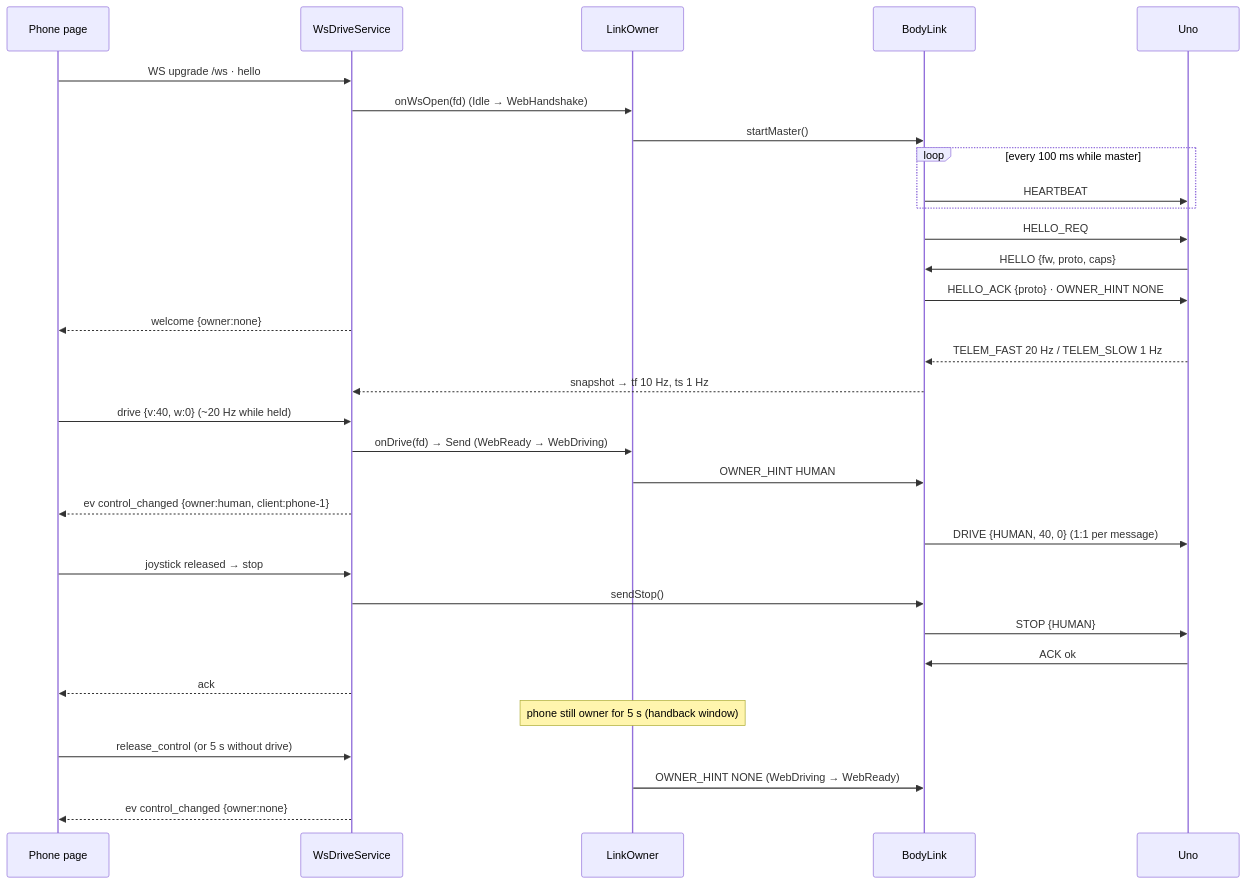
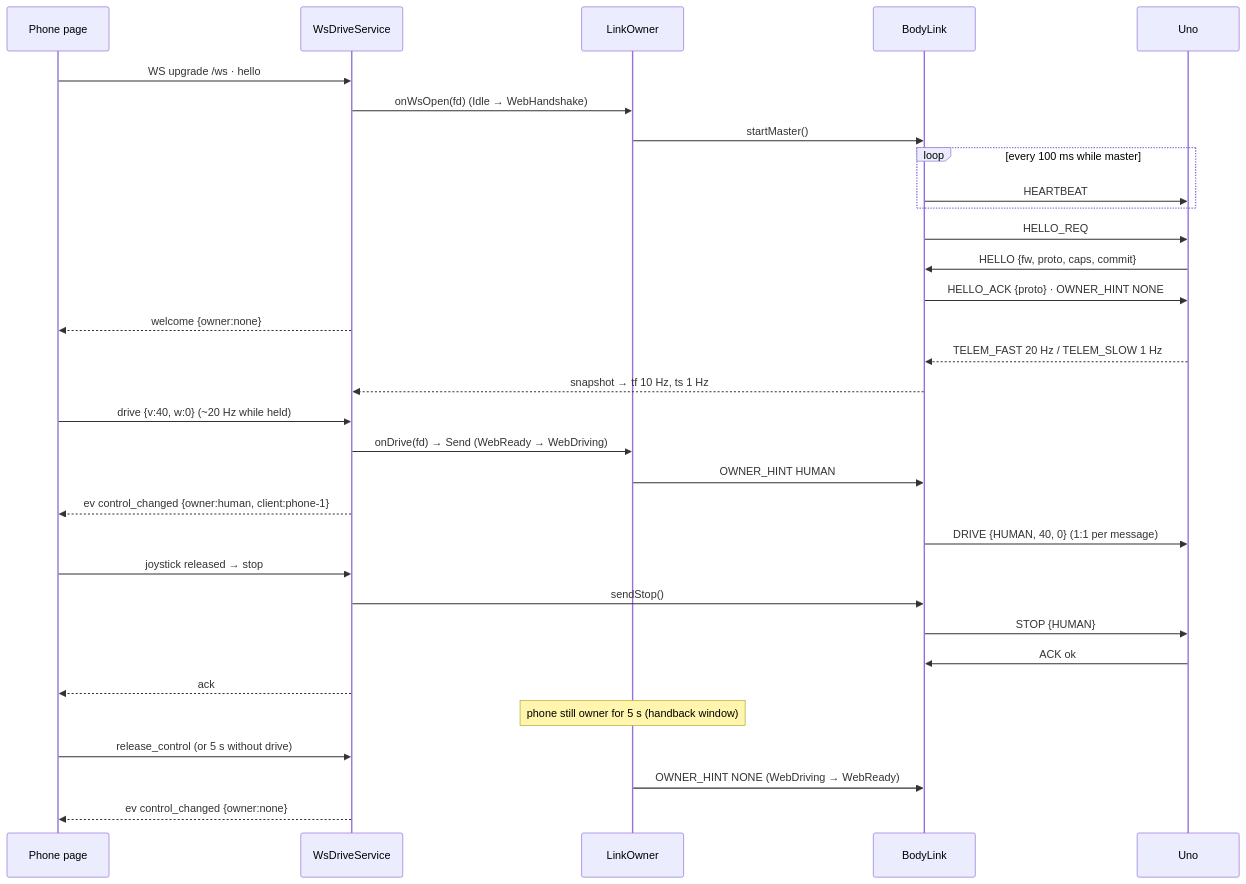
One commit to mannuray/conqueror changed the seventh of 9 diagrams in docs/lld/esp32-bridge-lld.md. Above: the diagram before and after it, drawn with Mermaid. The commit also changed other lines of this file and 6 other files, not shown here.

First line of the commit message:
docs(plan-b/c/d): HELLO commit field consumers (protocol v2)

````diff
--- a/docs/lld/esp32-bridge-lld.md
+++ b/docs/lld/esp32-bridge-lld.md
@@ -408,34 +408,34 @@
 ```mermaid
 sequenceDiagram
     participant P as Phone page
     participant W as WsDriveService
     participant O as LinkOwner
     participant B as BodyLink
     participant U as Uno
     P->>W: WS upgrade /ws · hello
     W->>O: onWsOpen(fd) (Idle → WebHandshake)
     O->>B: startMaster()
     loop every 100 ms while master
         B->>U: HEARTBEAT
     end
     B->>U: HELLO_REQ
-    U->>B: HELLO {fw, proto, caps}
+    U->>B: HELLO {fw, proto, caps, commit}
     B->>U: HELLO_ACK {proto} · OWNER_HINT NONE
     W-->>P: welcome {owner:none}
     U-->>B: TELEM_FAST 20 Hz / TELEM_SLOW 1 Hz
     B-->>W: snapshot → tf 10 Hz, ts 1 Hz
     P->>W: drive {v:40, w:0} (~20 Hz while held)
     W->>O: onDrive(fd) → Send (WebReady → WebDriving)
     O->>B: OWNER_HINT HUMAN
     W-->>P: ev control_changed {owner:human, client:phone-1}
     B->>U: DRIVE {HUMAN, 40, 0} (1:1 per message)
     P->>W: joystick released → stop
     W->>B: sendStop()
     B->>U: STOP {HUMAN}
     U->>B: ACK ok
     W-->>P: ack
     Note over O: phone still owner for 5 s (handback window)
     P->>W: release_control (or 5 s without drive)
     O->>B: OWNER_HINT NONE (WebDriving → WebReady)
     W-->>P: ev control_changed {owner:none}
 ```
````
